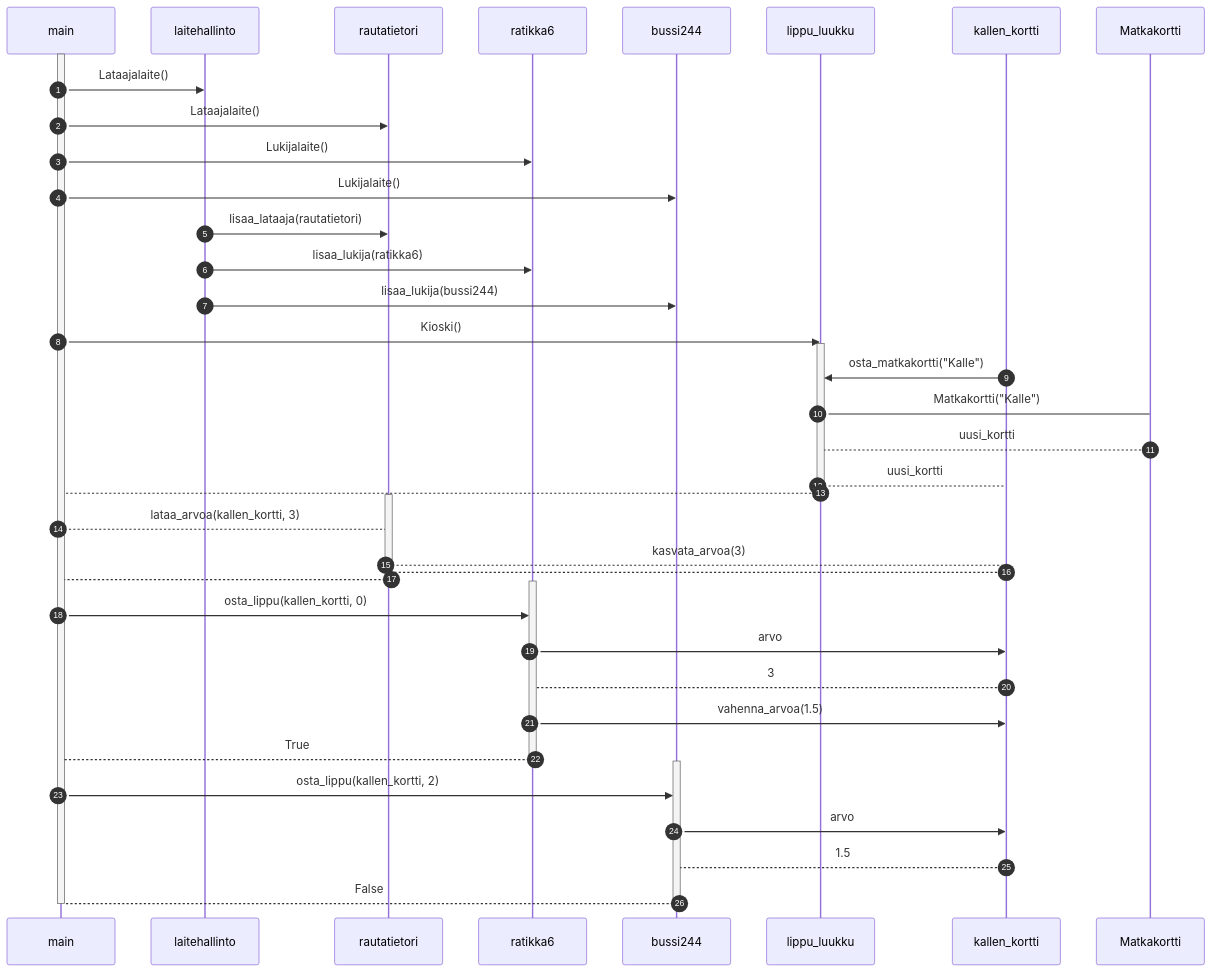
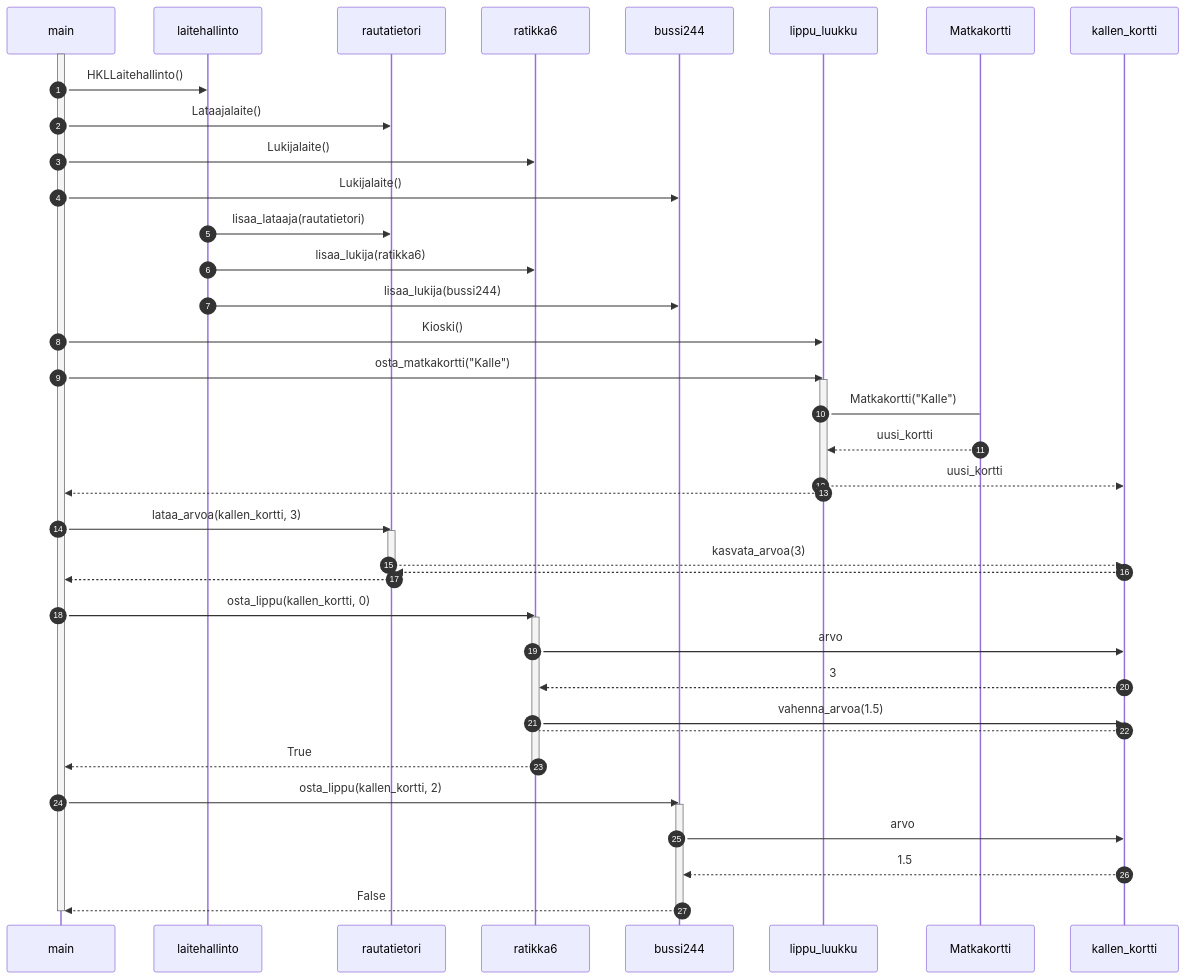
One commit to EficodeRjpalt/ot-harjoitustyo changed the fourth of 4 diagrams in laskarit/viikko3/monopoli.md. Above: the diagram before and after it, drawn with Mermaid. The commit also changed other lines of this file, not shown here.

Commit message:
Fix tehtävä 4

````diff
--- a/laskarit/viikko3/monopoli.md
+++ b/laskarit/viikko3/monopoli.md
@@ -195,41 +195,42 @@
 ```mermaid
 sequenceDiagram
 	autonumber
 	participant main
 	activate main
-	main ->> laitehallinto: Lataajalaite()
+	main ->> laitehallinto: HKLLaitehallinto()
 	main ->> rautatietori: Lataajalaite()
 	main ->> ratikka6: Lukijalaite()
 	main ->> bussi244: Lukijalaite()
 	laitehallinto ->> rautatietori: lisaa_lataaja(rautatietori)
 	laitehallinto ->> ratikka6: lisaa_lukija(ratikka6)
 	laitehallinto ->> bussi244: lisaa_lukija(bussi244)
 	main ->> lippu_luukku: Kioski()
-	activate lippu_luukku
-	kallen_kortti ->> lippu_luukku: osta_matkakortti("Kalle")
+	main ->> lippu_luukku: osta_matkakortti("Kalle")
+		activate lippu_luukku
 	lippu_luukku -> Matkakortti: Matkakortti("Kalle")
-	Matkakortti --> lippu_luukku: uusi_kortti
-	lippu_luukku --> kallen_kortti: uusi_kortti
+	Matkakortti -->> lippu_luukku: uusi_kortti
+	lippu_luukku -->> kallen_kortti: uusi_kortti
 	deactivate lippu_luukku
-	lippu_luukku --> main: 
-	activate rautatietori
-	main --> rautatietori: lataa_arvoa(kallen_kortti, 3)
-	rautatietori --> kallen_kortti: kasvata_arvoa(3)
-	kallen_kortti --> rautatietori: 
-	rautatietori --> main: 
+	lippu_luukku -->> main: 
+	main ->> rautatietori: lataa_arvoa(kallen_kortti, 3)
+		activate rautatietori
+	rautatietori -->> kallen_kortti: kasvata_arvoa(3)
+	kallen_kortti -->> rautatietori: 
+	rautatietori -->> main: 
 	deactivate rautatietori
-	activate ratikka6
 	main ->> ratikka6: osta_lippu(kallen_kortti, 0)
+		activate ratikka6
 	ratikka6 ->> kallen_kortti: arvo
-	kallen_kortti --> ratikka6: 3
+	kallen_kortti -->> ratikka6: 3
 	ratikka6 ->> kallen_kortti: vahenna_arvoa(1.5)
-	ratikka6 --> main: True
+	kallen_kortti --> ratikka6: 
+	ratikka6 -->> main: True
 	deactivate ratikka6
-	activate bussi244
 	main ->> bussi244: osta_lippu(kallen_kortti, 2)
+		activate bussi244
 	bussi244 ->> kallen_kortti: arvo
-	kallen_kortti --> bussi244: 1.5
-	bussi244 --> main: False
+	kallen_kortti -->> bussi244: 1.5
+	bussi244 -->> main: False
 	deactivate bussi244
 	deactivate main
 ```
````
